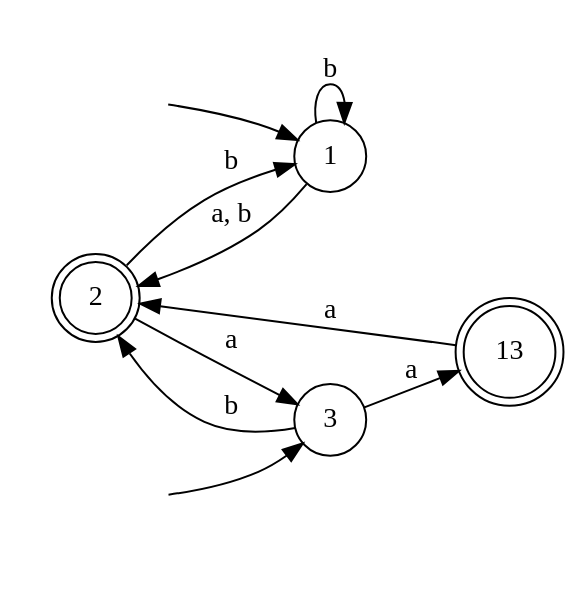
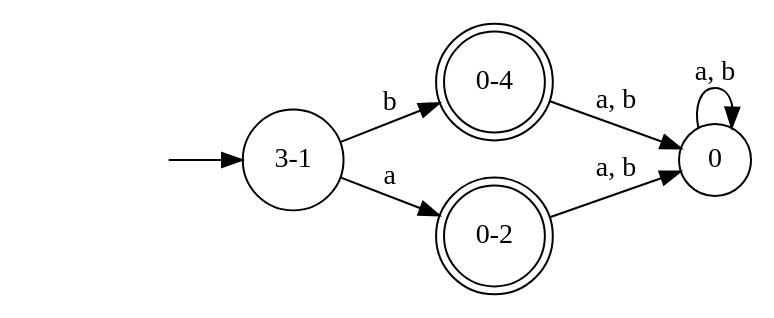
One commit to avivi55/FiniteAutomaton changed the diagram in dot/automata.dot. Above: the diagram before and after it, drawn with Graphviz. The commit also changed 5 other files, not shown here.

```diff
--- a/dot/automata.dot
+++ b/dot/automata.dot
@@ -1,19 +1,15 @@
 digraph finite_state_machine { rankdir=LR
 	node [shape=doublecircle]
-	"2"
-	"13"
+	"0-4"
+	"0-2"
 
 	node [shape=circle]
 	fake0 [style=invisible]
-	fake0 -> "1"
-	fake1 [style=invisible]
-	fake1 -> "3"
+	fake0 -> "3-1"
 
-	"1" -> "2" [label="a, b"] 
-	"1" -> "1" [label="b"] 
-	"2" -> "1" [label="b"] 
-	"2" -> "3" [label="a"] 
-	"3" -> "2" [label="b"] 
-	"3" -> "13" [label="a"] 
-	"13" -> "2" [label="a"] 
+	"3-1" -> "0-2" [label="a"] 
+	"3-1" -> "0-4" [label="b"] 
+	"0-4" -> "0" [label="a, b"] 
+	"0" -> "0" [label="a, b"] 
+	"0-2" -> "0" [label="a, b"] 
 }
```
